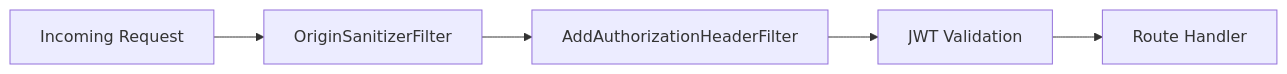
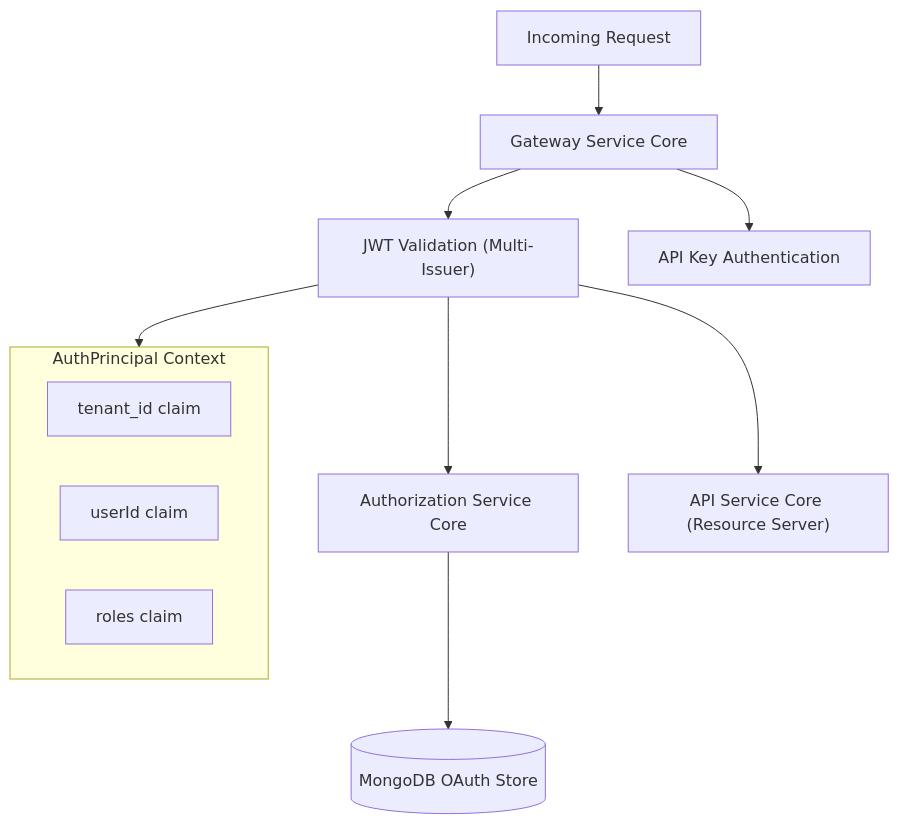
Before and after one commit to flamingo-stack/openframe-oss-lib: the first of 2 diagrams in docs/development/security/README.md, drawn with Mermaid. The commit also changed other lines of this file and 10 other files, not shown here.

````diff
--- a/docs/development/security/README.md
+++ b/docs/development/security/README.md
@@ -280,7 +11,19 @@
 ```mermaid
-flowchart LR
-    Request["Incoming Request"] --> OSF["OriginSanitizerFilter"]
-    OSF --> AHF["AddAuthorizationHeaderFilter"]
-    AHF --> JWT["JWT Validation"]
-    JWT --> Route["Route Handler"]
+flowchart TD
+    Request["Incoming Request"] --> GW["Gateway Service Core"]
+    GW --> JWTValidation["JWT Validation (Multi-Issuer)"]
+    GW --> APIKeyAuth["API Key Authentication"]
+
+    JWTValidation --> AuthzServer["Authorization Service Core"]
+    AuthzServer --> MongoDB[("MongoDB OAuth Store")]
+
+    JWTValidation --> ResourceServer["API Service Core (Resource Server)"]
+
+    subgraph principal["AuthPrincipal Context"]
+        TenantId["tenant_id claim"]
+        UserId["userId claim"]
+        Roles["roles claim"]
+    end
+
+    JWTValidation --> principal
 ```
````
